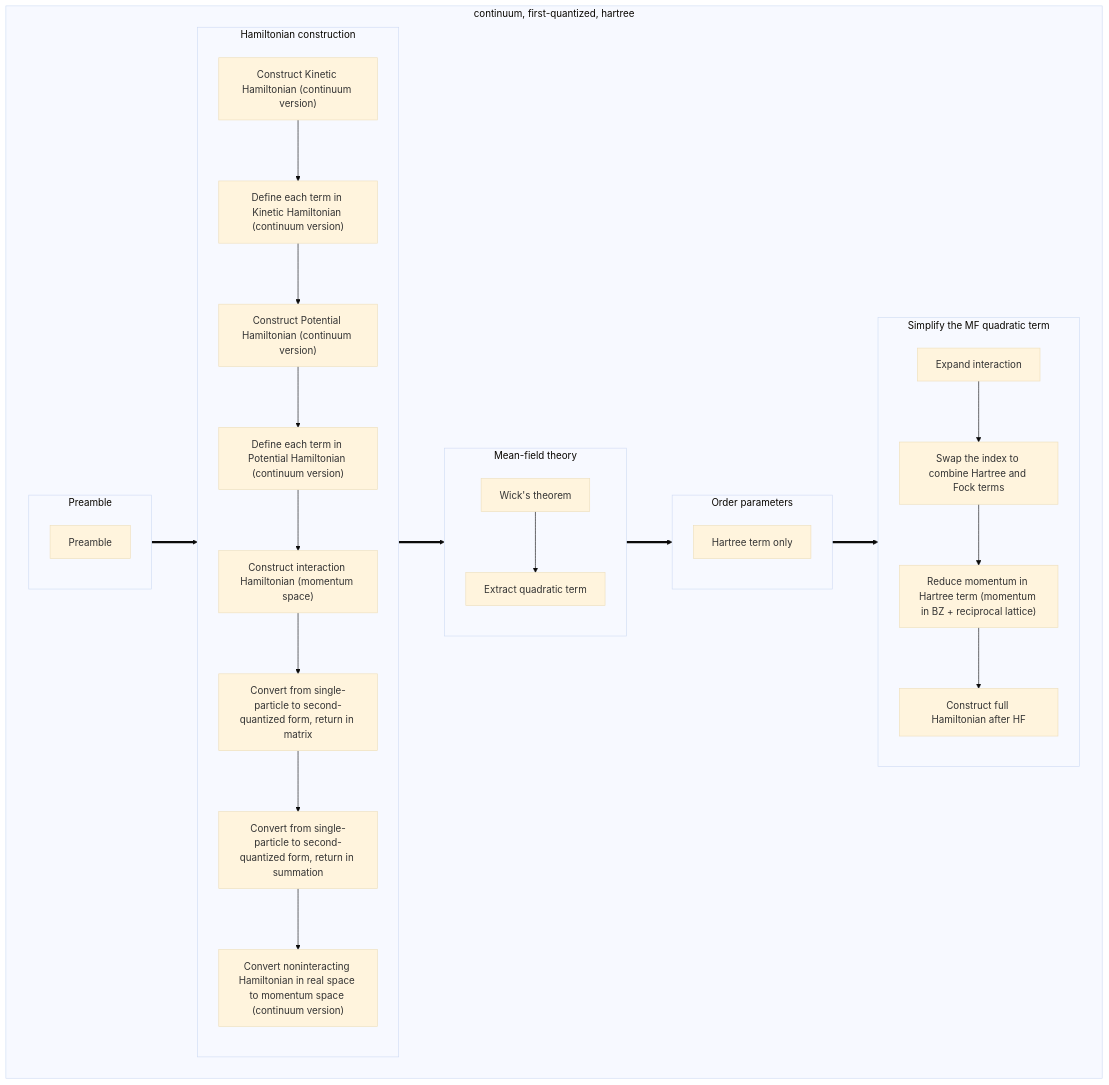
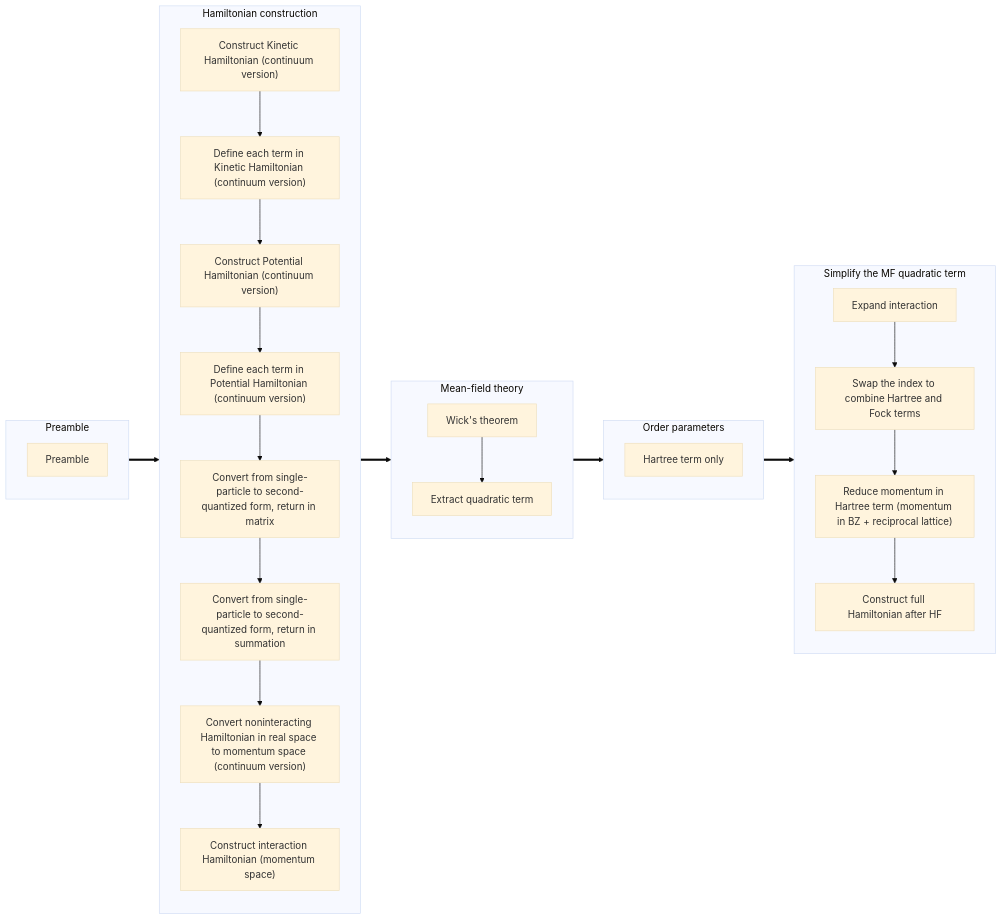
One commit to hainingpan/HartreeFock_GPT changed the fourth of 9 diagrams in Prompt_template.md. Above: the diagram before and after it, drawn with Mermaid (base theme). The commit also changed other lines of this file and 1 other file, not shown here.

````diff
--- a/Prompt_template.md
+++ b/Prompt_template.md
@@ -10,52 +140,49 @@
 ```mermaid
-flowchart 
-    subgraph title["continuum, first-quantized, hartree"]
-        direction LR
-        subgraph A["Preamble"]
-            direction TB
-            a1["Preamble"]
-        end
-        subgraph B["Hamiltonian construction"]
-            direction TB
-            b1["Construct Kinetic Hamiltonian (continuum version)"]
-            b2["Define each term in Kinetic Hamiltonian (continuum version)"]
-            b3["Construct Potential Hamiltonian (continuum version)"]
-            b4["Define each term in Potential Hamiltonian (continuum version)"]
-            b5["Construct interaction Hamiltonian (momentum space)"]
-            b6["Convert from single-particle to second-quantized form, return in matrix"]
-            b7["Convert from single-particle to second-quantized form, return in summation"]
-            b8["Convert noninteracting Hamiltonian in real space to momentum space (continuum version)"]
-            b1-->b2
-            b2-->b3
-            b3-->b4
-            b4-->b5
-            b5-->b6
-            b6-->b7
-            b7-->b8
-        end
-        subgraph C["Mean-field theory"]
-            direction TB
-            c1["Wick's theorem"]
-            c2["Extract quadratic term"]
-            c1-->c2
-        end
-        subgraph D["Order parameters"]
-            direction TB
-            d1["Hartree term only"]
-        end
-        subgraph E["Simplify the MF quadratic term"]
-            direction TB
-            e1["Expand interaction"]
-            e2["Swap the index to combine Hartree and Fock terms"]
-            e3["Reduce momentum in Hartree term (momentum in BZ + reciprocal lattice)"]
-            e4["Construct full Hamiltonian after HF"]
-            e1-->e2
-            e2-->e3
-            e3-->e4
-        end
-        A==>B
-        B==>C
-        C==>D
-        D==>E
+flowchart LR
+    subgraph A["Preamble"]
+        direction TB
+        a1["Preamble"]
     end
+    subgraph B["Hamiltonian construction"]
+        direction TB
+        b1["Construct Kinetic Hamiltonian (continuum version)"]
+        b2["Define each term in Kinetic Hamiltonian (continuum version)"]
+        b3["Construct Potential Hamiltonian (continuum version)"]
+        b4["Define each term in Potential Hamiltonian (continuum version)"]
+        b5["Convert from single-particle to second-quantized form, return in matrix"]
+        b6["Convert from single-particle to second-quantized form, return in summation"]
+        b7["Convert noninteracting Hamiltonian in real space to momentum space (continuum version)"]
+        b8["Construct interaction Hamiltonian (momentum space)"]
+        b1-->b2
+        b2-->b3
+        b3-->b4
+        b4-->b5
+        b5-->b6
+        b6-->b7
+        b7-->b8
+    end
+    subgraph C["Mean-field theory"]
+        direction TB
+        c1["Wick's theorem"]
+        c2["Extract quadratic term"]
+        c1-->c2
+    end
+    subgraph D["Order parameters"]
+        direction TB
+        d1["Hartree term only"]
+    end
+    subgraph E["Simplify the MF quadratic term"]
+        direction TB
+        e1["Expand interaction"]
+        e2["Swap the index to combine Hartree and Fock terms"]
+        e3["Reduce momentum in Hartree term (momentum in BZ + reciprocal lattice)"]
+        e4["Construct full Hamiltonian after HF"]
+        e1-->e2
+        e2-->e3
+        e3-->e4
+    end
+    A==>B
+    B==>C
+    C==>D
+    D==>E
 ```
````
